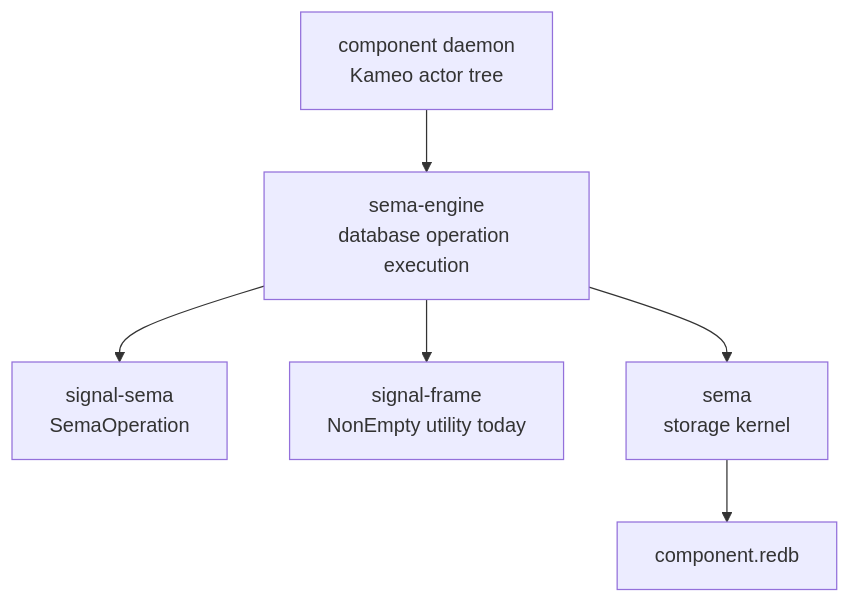
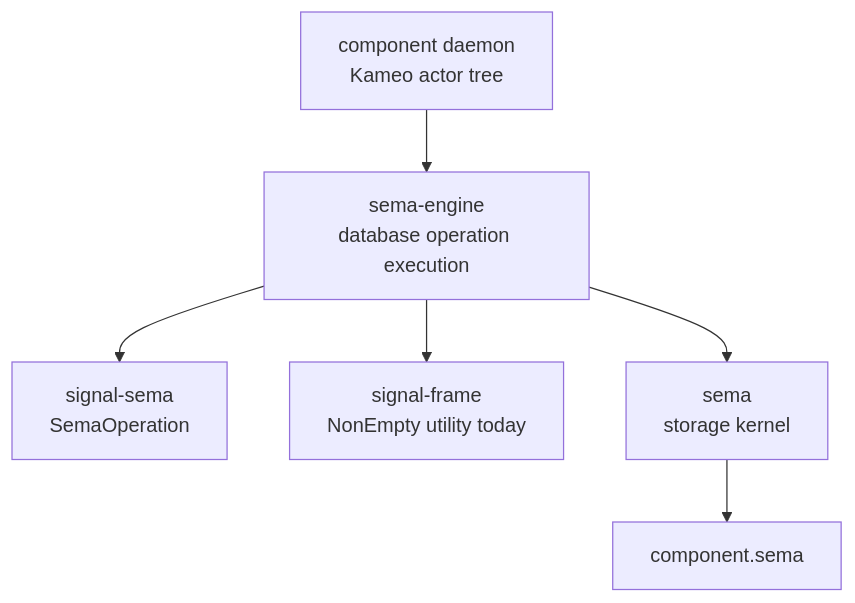
The diagram in ARCHITECTURE.md (LiGoldragon/sema-engine), drawn with Mermaid before and after one commit. The commit also changed other lines of this file and 16 other files, not shown here.

````diff
--- a/ARCHITECTURE.md
+++ b/ARCHITECTURE.md
@@ -111,15 +118,15 @@
 ```mermaid
 flowchart TD
     signal_sema["signal-sema<br/>SemaOperation"]
     signal_frame["signal-frame<br/>NonEmpty utility today"]
     sema["sema<br/>storage kernel"]
     engine["sema-engine<br/>database operation execution"]
     component["component daemon<br/>Kameo actor tree"]
-    database["component.redb"]
+    database["component.sema"]
 
     engine --> sema
     engine --> signal_sema
     engine --> signal_frame
     component --> engine
     sema --> database
 ```
````
